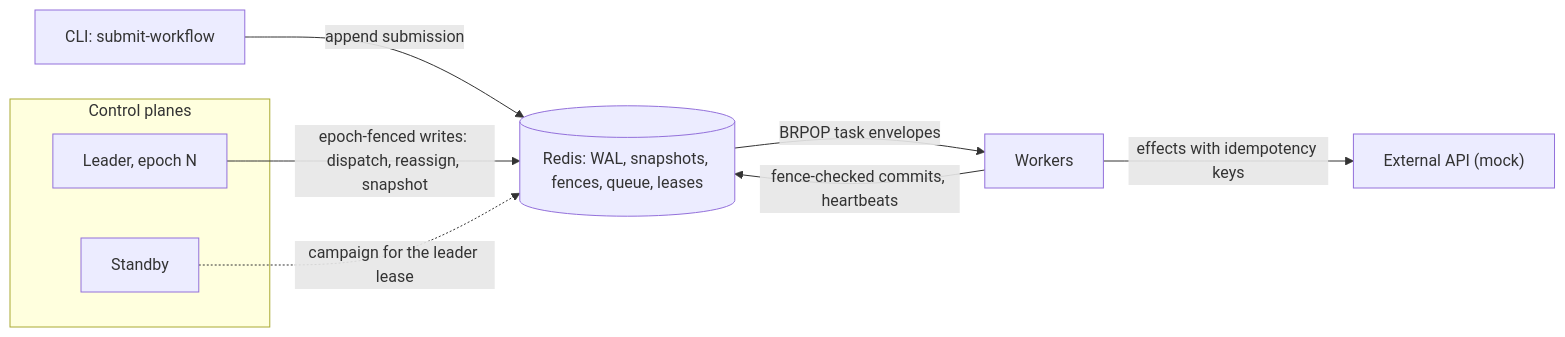
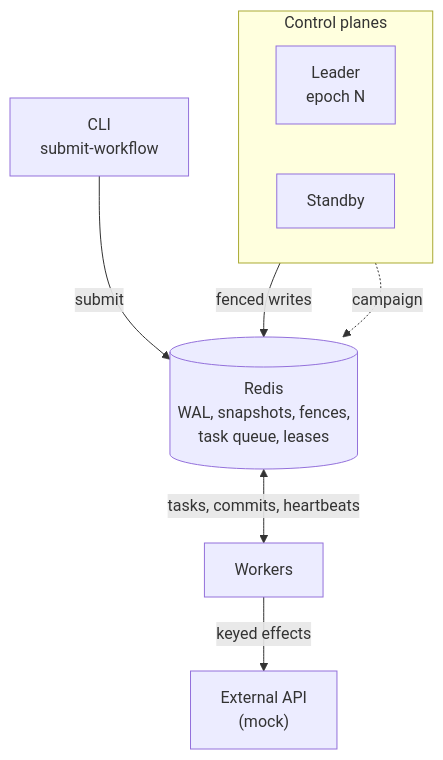
One commit to andrey-tretyak/project-aether changed the diagram in README.md. Above: the diagram before and after it, drawn with Mermaid.

Commit message:
Redraw the architecture diagram top-down so labels do not overlap

````diff
--- a/README.md
+++ b/README.md
@@ -33,14 +33,18 @@
 ```mermaid
-flowchart LR
-  Redis[("Redis: WAL, snapshots, fences, queue, leases")]
-  Client["CLI: submit-workflow"] -->|"append submission"| Redis
+flowchart TB
+  Client["CLI<br/>submit-workflow"]
   subgraph CP["Control planes"]
-    Leader["Leader, epoch N"]
+    direction LR
+    Leader["Leader<br/>epoch N"]
     Standby["Standby"]
   end
-  Leader -->|"epoch-fenced writes: dispatch, reassign, snapshot"| Redis
-  Standby -.->|"campaign for the leader lease"| Redis
-  Redis -->|"BRPOP task envelopes"| Workers["Workers"]
-  Workers -->|"fence-checked commits, heartbeats"| Redis
-  Workers -->|"effects with idempotency keys"| API["External API (mock)"]
+  Redis[("Redis<br/>WAL, snapshots, fences,<br/>task queue, leases")]
+  Workers["Workers"]
+  API["External API<br/>(mock)"]
+
+  Client -->|"submit"| Redis
+  Leader -->|"fenced writes"| Redis
+  Standby -.->|"campaign"| Redis
+  Redis <-->|"tasks, commits, heartbeats"| Workers
+  Workers -->|"keyed effects"| API
 ```
````
